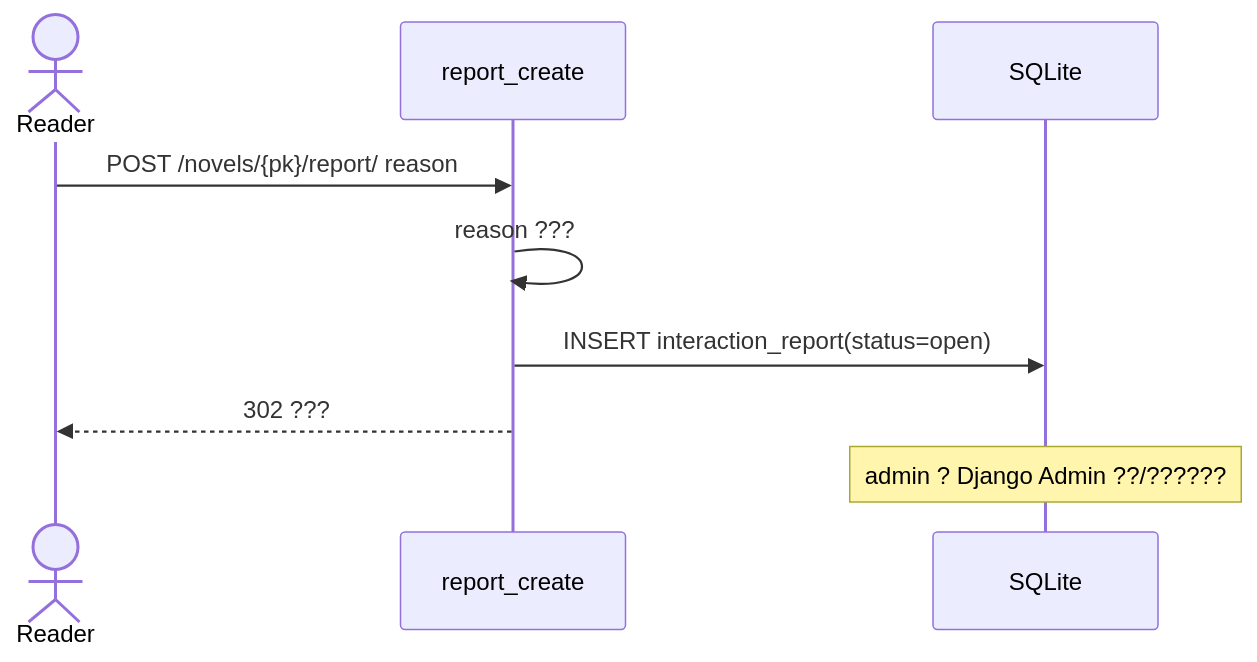
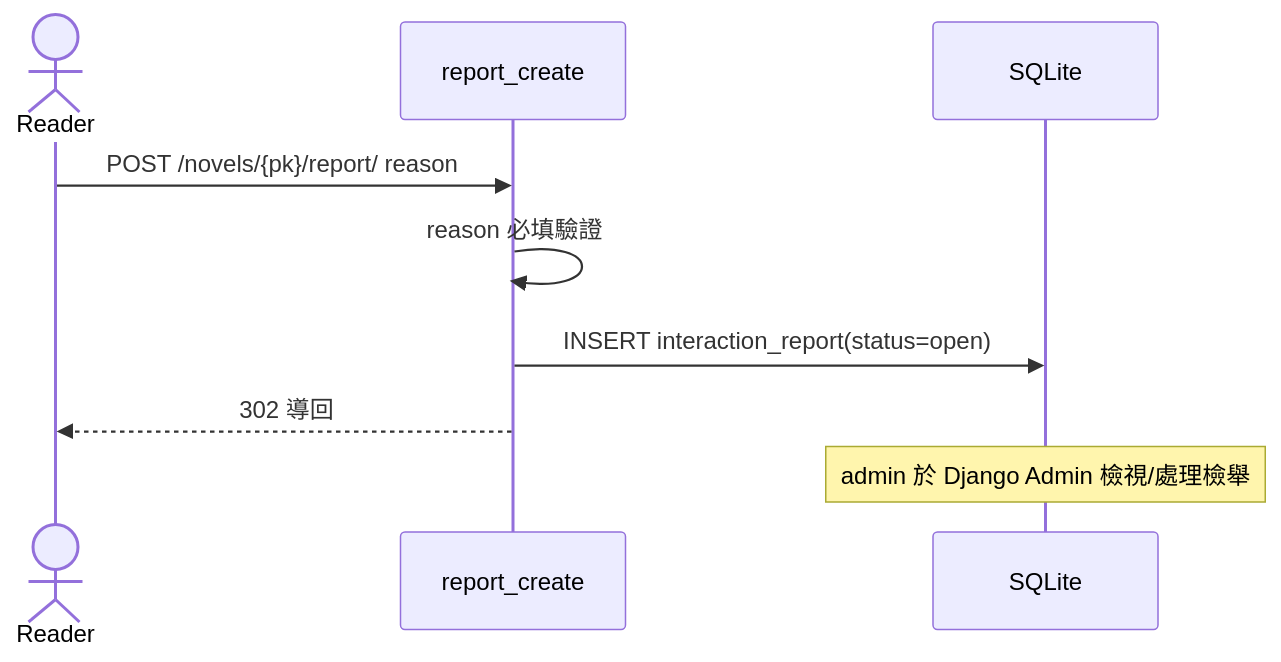
One commit to StrikeAtZeroHour/cs3383-web-novel-platform changed the tenth of 10 diagrams in docs/diagrams/04-sequence.md. Above: the diagram before and after it, drawn with Mermaid. The commit also changed other lines of this file and 11 other files, not shown here.

First line of the commit message:
Fix diagram text corruption and align diagrams with code

````diff
--- a/docs/diagrams/04-sequence.md
+++ b/docs/diagrams/04-sequence.md
@@ -697,11 +707,11 @@
 ```mermaid
 sequenceDiagram
     actor R as Reader
     participant V as report_create
     participant DB as SQLite
     R->>V: POST /novels/{pk}/report/ reason
-    V->>V: reason ???
+    V->>V: reason 必填驗證
     V->>DB: INSERT interaction_report(status=open)
-    V-->>R: 302 ???
-    Note over DB: admin ? Django Admin ??/??????
+    V-->>R: 302 導回
+    Note over DB: admin 於 Django Admin 檢視/處理檢舉
 ```
````
